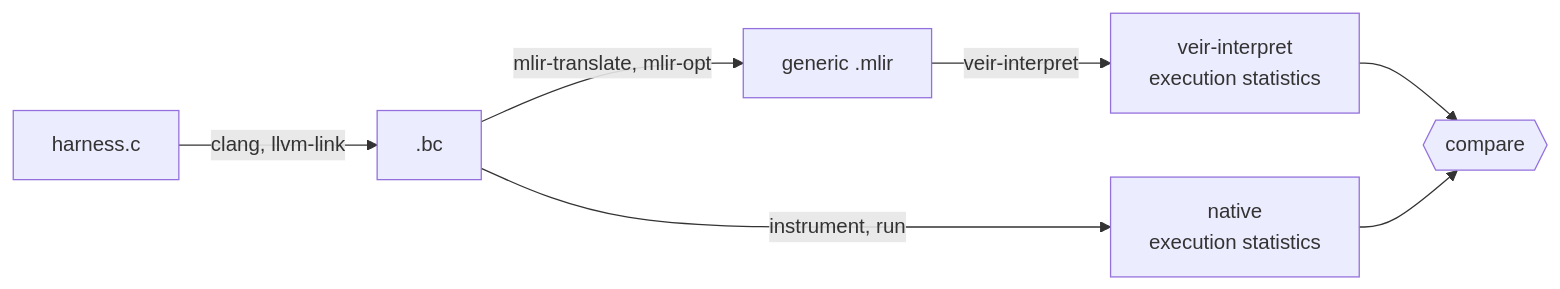
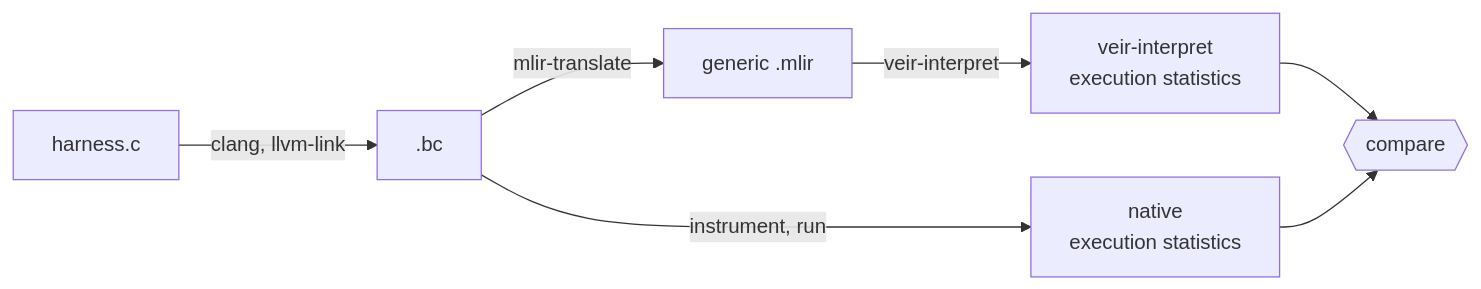
The diagram in README.md (opencompl/veir-interpreter-scoreboard), drawn with Mermaid before and after one commit.

Commit message:
Improve architecture diagram
We were only using this for --print-generic. Removing it, so that it is clear we don't optimize further.

````diff
--- a/README.md
+++ b/README.md
@@ -38,9 +38,9 @@
 ```mermaid
 flowchart LR
     H["harness.c"] -->|"clang, llvm-link"| BC[".bc"]
-    BC -->|"mlir-translate, mlir-opt"| MLIR["generic .mlir"]
+    BC -->|"mlir-translate"| MLIR["generic .mlir"]
     BC -->|"instrument, run"| NATIVE["native\nexecution statistics"]
     MLIR -->|"veir-interpret"| VEIR["veir-interpret\nexecution statistics"]
     VEIR --> COMPARE{{"compare"}}
     NATIVE --> COMPARE
 ```
````
